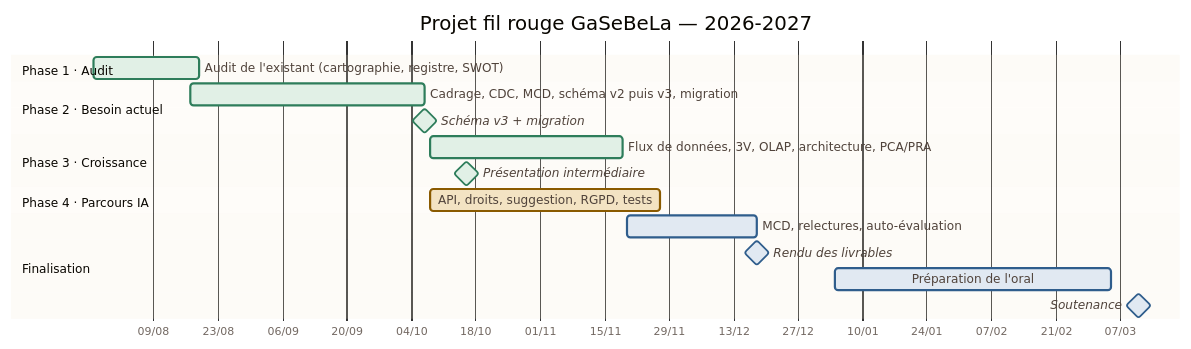
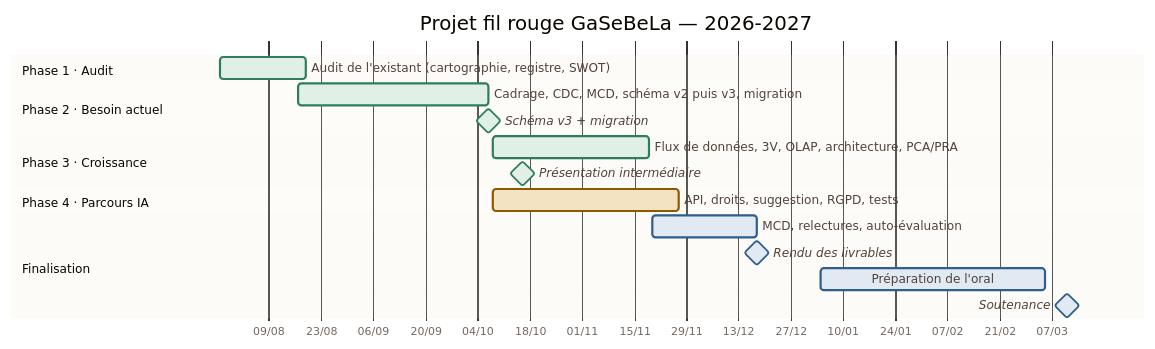
One commit to GaSeBeLa/Fil-Rouge changed the diagram in livrables/6-pilotage/6.1-gantt.md. Above: the diagram before and after it, drawn with Mermaid. The commit also changed 1 other file, not shown here.

Commit message:
docs(gantt): marges pour la soutenance et les noms de phase ; ligne du jour translucide
Rendu vérifié avec mermaid-cli 12.2.0 avant le commit ; l'image est
redessinée depuis le même Mermaid. Remarques 1 à 3 de la relecture
transmise par Gabriel (2026-11-20).

Claude-Session: https://claude.ai/code/session_014vrx3PMn3sQwKyoHW543R6

````diff
--- a/livrables/6-pilotage/6.1-gantt.md
+++ b/livrables/6-pilotage/6.1-gantt.md
@@ -11,28 +11,29 @@
 ```mermaid
-%%{init: {"theme":"base","themeVariables":{"background":"#faf1e2","primaryTextColor":"#50433b","textColor":"#50433b","sectionBkgColor":"#f3e8d4","altSectionBkgColor":"#faf1e2","sectionBkgColor2":"#f3e8d4","gridColor":"#6e6151","doneTaskBkgColor":"#e1f0e6","doneTaskBorderColor":"#2e7d5b","activeTaskBkgColor":"#f3e3c3","activeTaskBorderColor":"#8a5a00","taskBkgColor":"#e1e9f2","taskBorderColor":"#2f5d8c","taskTextColor":"#50433b","taskTextOutsideColor":"#50433b","todayLineColor":"#b22222","fontFamily":"Arial, sans-serif"}}}%%
+%%{init: {"theme":"base","fontFamily":"Arial, sans-serif","gantt":{"leftPadding":190,"rightPadding":140},"themeVariables":{"background":"#faf1e2","primaryTextColor":"#50433b","textColor":"#50433b","sectionBkgColor":"#f3e8d4","altSectionBkgColor":"#faf1e2","sectionBkgColor2":"#f3e8d4","gridColor":"#6e6151","doneTaskBkgColor":"#e1f0e6","doneTaskBorderColor":"#2e7d5b","activeTaskBkgColor":"#f3e3c3","activeTaskBorderColor":"#8a5a00","taskBkgColor":"#e1e9f2","taskBorderColor":"#2f5d8c","taskTextColor":"#50433b","taskTextOutsideColor":"#50433b","todayLineColor":"#b22222","fontFamily":"Arial, sans-serif"}}}%%
 gantt
     title Projet fil rouge GaSeBeLa — 2026-2027
     dateFormat YYYY-MM-DD
     axisFormat %d/%m
     tickInterval 2week
+    todayMarker stroke-width:3px,stroke:#b22222,opacity:0.4
 
     section Phase 1 · Audit
     Audit de l'existant (cartographie, registre, SWOT)   :done, p1, 2026-07-27, 2026-08-19
 
     section Phase 2 · Besoin actuel
     Cadrage, CDC, MCD, schéma v2 puis v3, migration      :done, p2, 2026-08-17, 2026-10-07
     Schéma v3 + migration                                :milestone, done, m1, 2026-10-07, 0d
 
     section Phase 3 · Croissance
     Flux de données, 3V, OLAP, architecture, PCA/PRA      :done, p3, 2026-10-08, 2026-11-19
     Présentation intermédiaire                           :milestone, done, m2, 2026-10-16, 0d
 
     section Phase 4 · Parcours IA
     API, droits, suggestion, RGPD, tests                 :active, p4, 2026-10-08, 2026-11-27
 
     section Finalisation
     MCD, relectures, auto-évaluation                     :f1, 2026-11-20, 2026-12-18
     Rendu des livrables                                  :milestone, m3, 2026-12-18, 0d
     Préparation de l'oral                                :f2, 2027-01-04, 2027-03-05
     Soutenance                                           :milestone, m4, 2027-03-11, 0d
 ```
````
